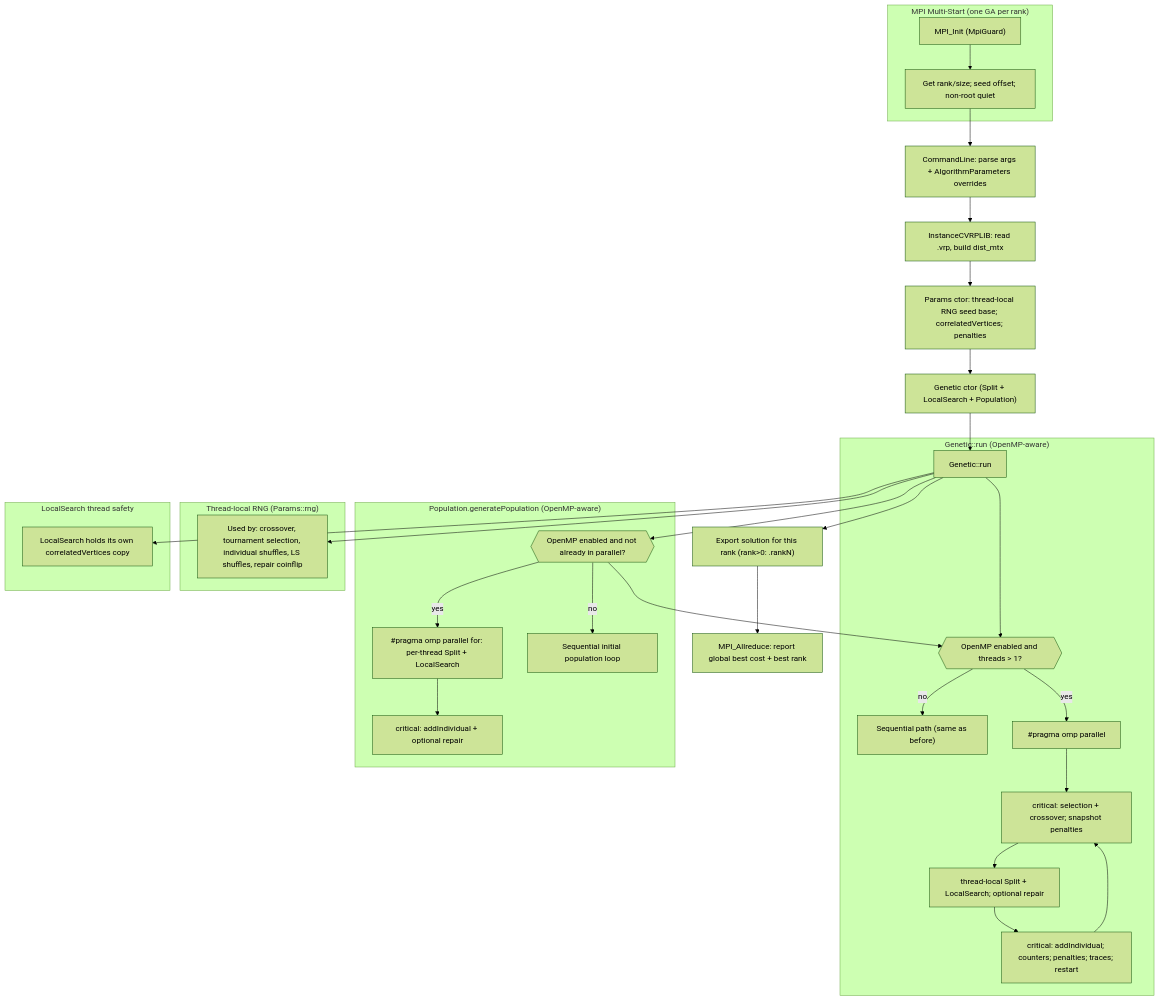
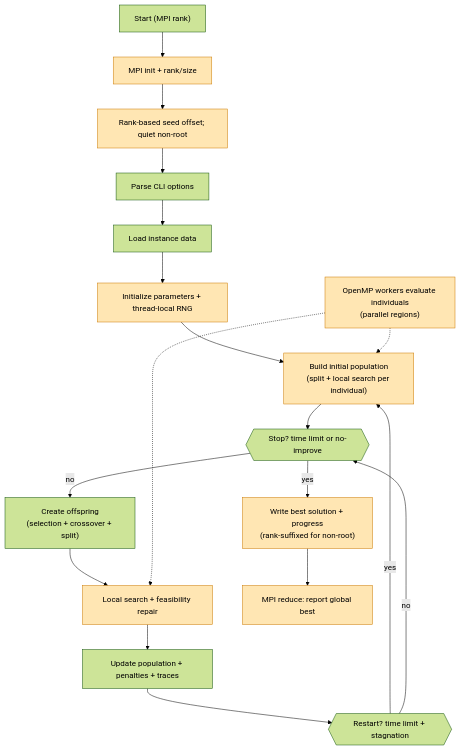
The diagram in diagrams/after.mmd (domanteli0/kursinis-vrp), drawn with Mermaid (forest theme) before and after one commit. The commit also changed 6 other files, not shown here.

```diff
--- a/diagrams/after.mmd
+++ b/diagrams/after.mmd
@@ -1,49 +1,27 @@
+flowchart TD
+  classDef changed fill:#ffe6b3,stroke:#cc7a00,stroke-width:1px;
 
-flowchart TD
-  subgraph MPI["MPI Multi-Start (one GA per rank)"]
-    MPIInit["MPI_Init (MpiGuard)"]
-    RankInfo["Get rank/size; seed offset; non-root quiet"]
-    MPIInit --> RankInfo
-  end
+  Start["Start (MPI rank)"]
+  MPIInit["MPI init + rank/size"]:::changed
+  Seed["Rank-based seed offset; quiet non-root"]:::changed
+  Parse["Parse CLI options"]
+  Load["Load instance data"]
+  Init["Initialize parameters + thread-local RNG"]:::changed
+  InitPop["Build initial population\n(split + local search per individual)"]:::changed
+  LoopCond{{Stop? time limit or no-improve}}
+  Offspring["Create offspring\n(selection + crossover + split)"]
+  Eval["Local search + feasibility repair"]:::changed
+  Update["Update population + penalties + traces"]
+  Restart{{Restart? time limit + stagnation}}
+  Output["Write best solution + progress\n(rank-suffixed for non-root)"]:::changed
+  MPIReduce["MPI reduce: report global best"]:::changed
+  OMPNote["OpenMP workers evaluate individuals\n(parallel regions)"]:::changed
 
-  RankInfo --> Cmd["CommandLine: parse args + AlgorithmParameters overrides"]
-  Cmd --> Inst["InstanceCVRPLIB: read .vrp, build dist_mtx"]
-  Inst --> Params["Params ctor: thread-local RNG seed base; correlatedVertices; penalties"]
-  Params --> Gen["Genetic ctor (Split + LocalSearch + Population)"]
-  Gen --> Run["Genetic::run"]
+  Start --> MPIInit --> Seed --> Parse --> Load --> Init --> InitPop --> LoopCond
+  LoopCond -- no --> Offspring --> Eval --> Update --> Restart
+  Restart -- yes --> InitPop
+  Restart -- no --> LoopCond
+  LoopCond -- yes --> Output --> MPIReduce
 
-  subgraph OpenMPGen["Genetic::run (OpenMP-aware)"]
-    Run --> UseOMP{{OpenMP enabled and threads > 1?}}
-
-    UseOMP -- no --> SeqPath["Sequential path (same as before)"]
-
-    UseOMP -- yes --> OMPPar["#pragma omp parallel"]
-    OMPPar --> OMPGetWork["critical: selection + crossover; snapshot penalties"]
-    OMPGetWork --> OMPWork["thread-local Split + LocalSearch; optional repair"]
-    OMPWork --> OMPCommit["critical: addIndividual; counters; penalties; traces; restart"]
-    OMPCommit --> OMPGetWork
-  end
-
-  subgraph OpenMPInit["Population.generatePopulation (OpenMP-aware)"]
-    InitOMP{{OpenMP enabled and not already in parallel?}}
-    InitOMP -- yes --> OMPFor["#pragma omp parallel for: per-thread Split + LocalSearch"]
-    OMPFor --> OMPAdd["critical: addIndividual + optional repair"]
-    InitOMP -- no --> InitSeq["Sequential initial population loop"]
-  end
-
-  Run --> InitOMP
-  InitOMP --> UseOMP
-
-  subgraph RNG["Thread-local RNG (Params::rng)"]
-    RNGNote["Used by: crossover, tournament selection, individual shuffles, LS shuffles, repair coinflip"]
-  end
-
-  subgraph LSChanges["LocalSearch thread safety"]
-    LSCopy["LocalSearch holds its own correlatedVertices copy"]
-  end
-
-  Run --> RNGNote
-  Run --> LSCopy
-
-  Run --> Output["Export solution for this rank (rank>0: .rankN)"]
-  Output --> MPIReport["MPI_Allreduce: report global best cost + best rank"]
+  OMPNote -.-> InitPop
+  OMPNote -.-> Eval
```
